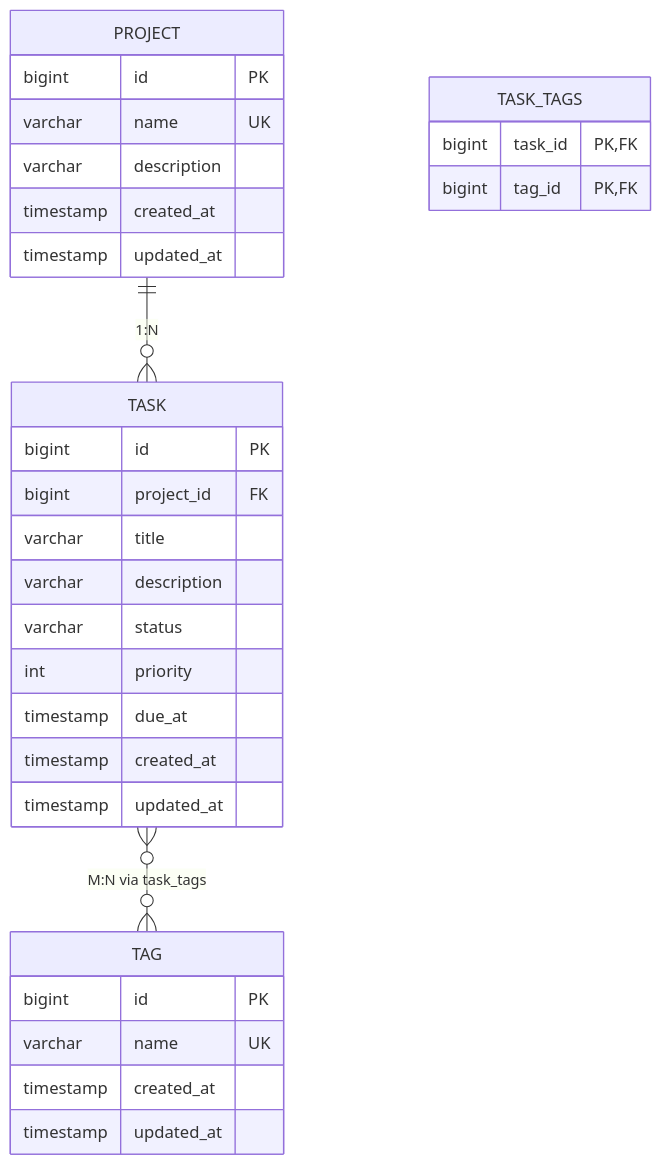
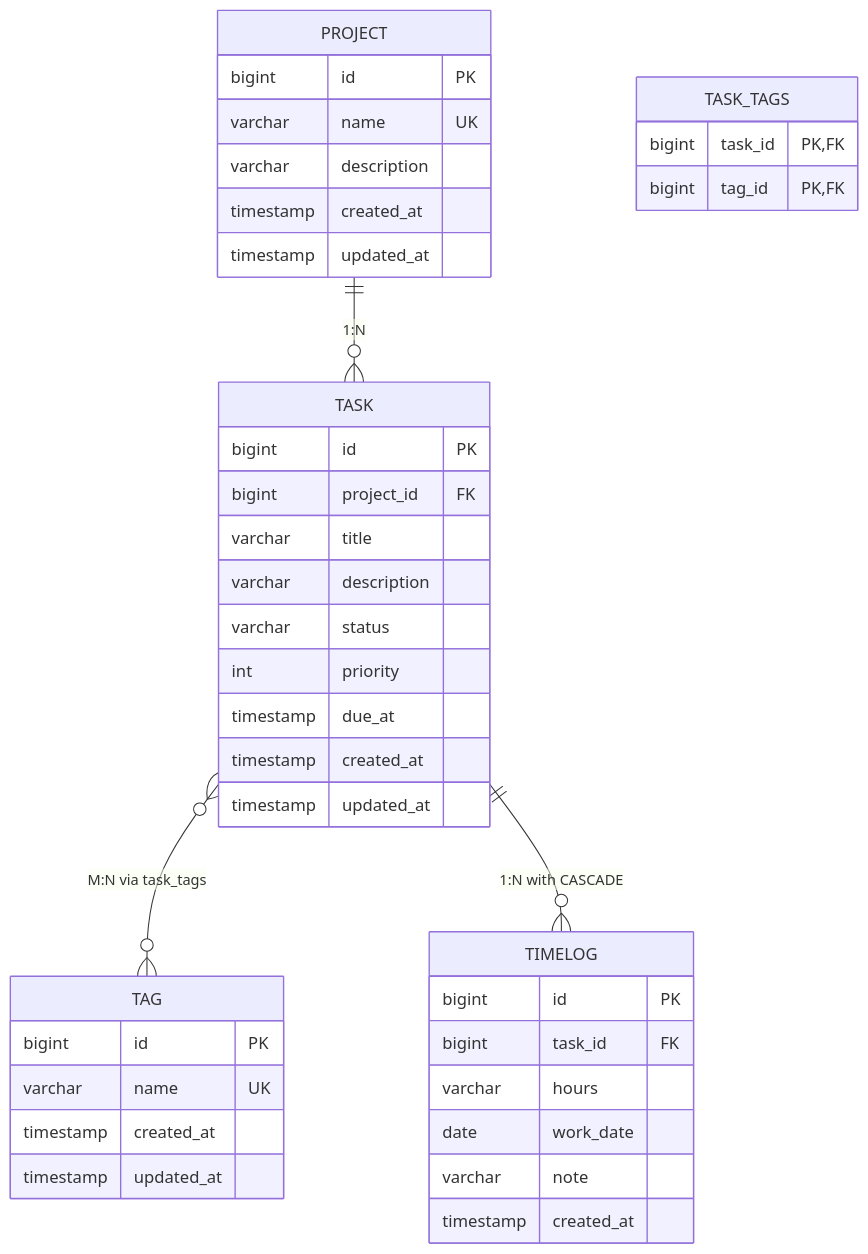
Before and after one commit to zhou9832/test1-qoder: the fourth of 6 diagrams in .qoder/repowiki/zh/content/数据库设计.md, drawn with Mermaid. The commit also changed other lines of this file and 51 other files, not shown here.

````diff
--- a/.qoder/repowiki/zh/content/数据库设计.md
+++ b/.qoder/repowiki/zh/content/数据库设计.md
@@ -396,33 +516,42 @@
 ```mermaid
 erDiagram
 PROJECT {
 bigint id PK
 varchar name UK
 varchar description
 timestamp created_at
 timestamp updated_at
 }
 TASK {
 bigint id PK
 bigint project_id FK
 varchar title
 varchar description
 varchar status
 int priority
 timestamp due_at
 timestamp created_at
 timestamp updated_at
 }
 TAG {
 bigint id PK
 varchar name UK
 timestamp created_at
 timestamp updated_at
 }
 TASK_TAGS {
 bigint task_id PK,FK
 bigint tag_id PK,FK
 }
+TIMELOG {
+bigint id PK
+bigint task_id FK
+varchar hours
+date work_date
+varchar note
+timestamp created_at
+}
 PROJECT ||--o{ TASK : "1:N"
 TASK }o--o{ TAG : "M:N via task_tags"
+TASK ||--o{ TIMELOG : "1:N with CASCADE"
 ```
````
